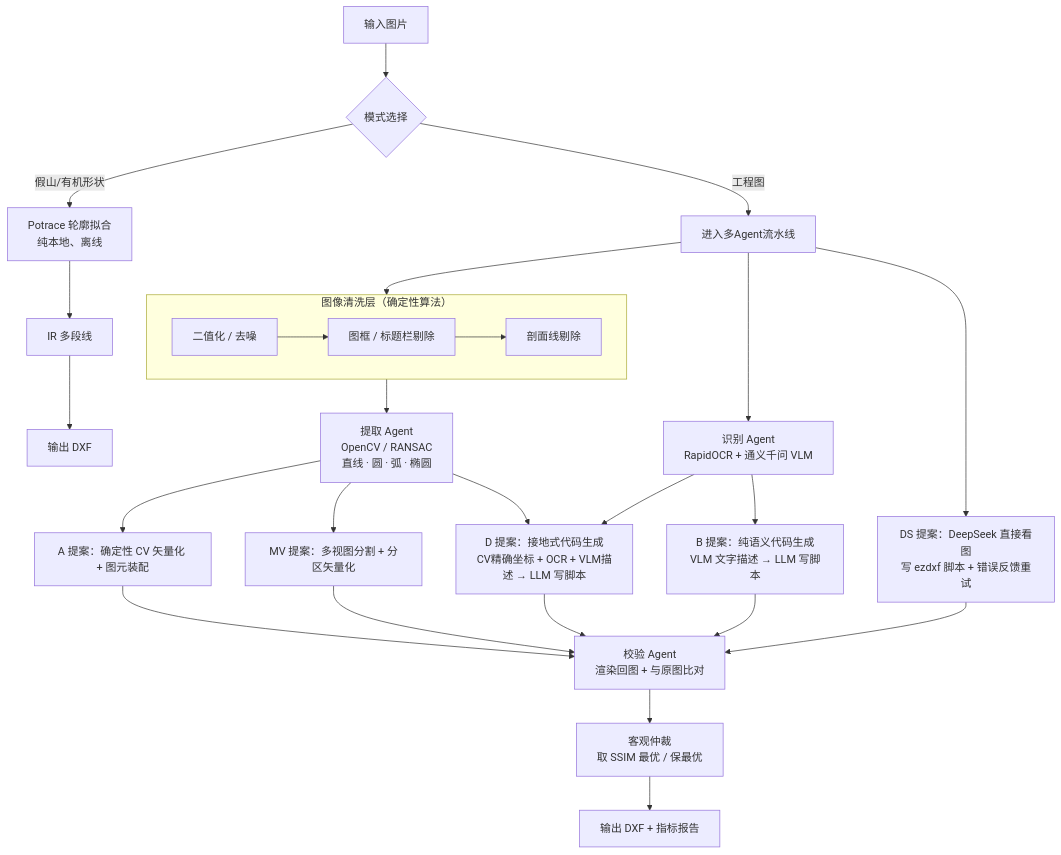
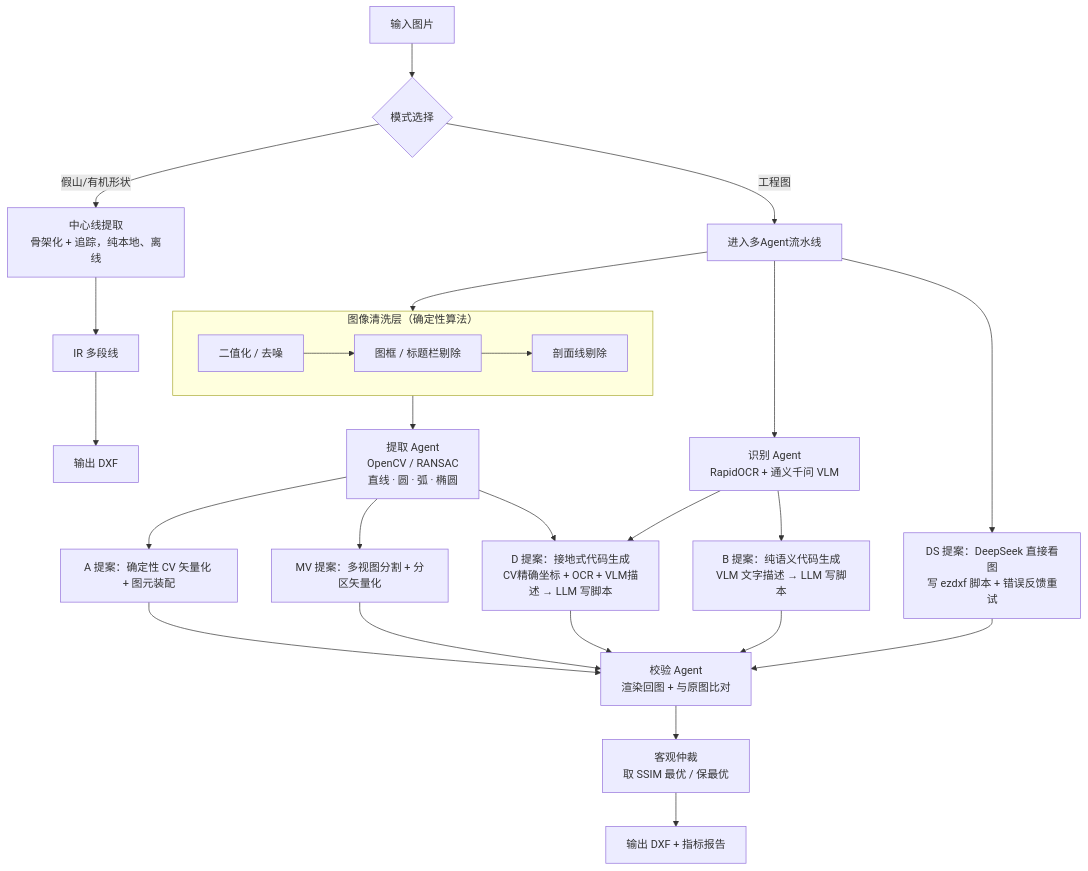
The diagram in README.md (d651vfzdgvsc2/sketch2cad), drawn with Mermaid before and after one commit. The commit also changed other lines of this file and 3 other files, not shown here.

````diff
--- a/README.md
+++ b/README.md
@@ -52,31 +52,31 @@
 ```mermaid
 flowchart TB
   INPUT[输入图片] --> MODE{模式选择}
-  MODE -->|假山/有机形状| POT[Potrace 轮廓拟合<br/>纯本地、离线]
+  MODE -->|假山/有机形状| POT[中心线提取<br/>骨架化 + 追踪，纯本地、离线]
   POT --> PIR[IR 多段线] --> OUT2[输出 DXF]
   MODE -->|工程图| IMG[进入多Agent流水线]
   IMG --> CLN
 
   subgraph CLN[图像清洗层（确定性算法）]
     C1[二值化 / 去噪] --> C2[图框 / 标题栏剔除] --> C3[剖面线剔除]
   end
 
   IMG --> REC[识别 Agent<br/>RapidOCR + 通义千问 VLM]
   CLN --> VEC[提取 Agent<br/>OpenCV / RANSAC<br/>直线 · 圆 · 弧 · 椭圆]
 
   VEC --> PA[A 提案：确定性 CV 矢量化 + 图元装配]
   VEC --> PMV[MV 提案：多视图分割 + 分区矢量化]
   VEC --> PD[D 提案：接地式代码生成<br/>CV精确坐标 + OCR + VLM描述 → LLM 写脚本]
   REC --> PD
   REC --> PB[B 提案：纯语义代码生成<br/>VLM 文字描述 → LLM 写脚本]
   IMG --> PDS[DS 提案：DeepSeek 直接看图<br/>写 ezdxf 脚本 + 错误反馈重试]
 
   PA --> VER[校验 Agent<br/>渲染回图 + 与原图比对]
   PMV --> VER
   PD --> VER
   PB --> VER
   PDS --> VER
 
   VER --> ARB[客观仲裁<br/>取 SSIM 最优 / 保最优]
   ARB --> OUT[输出 DXF + 指标报告]
 ```
````
